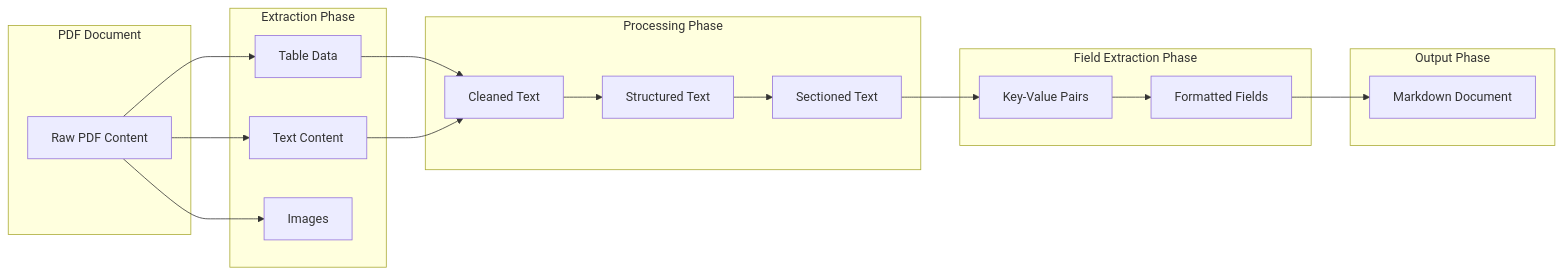
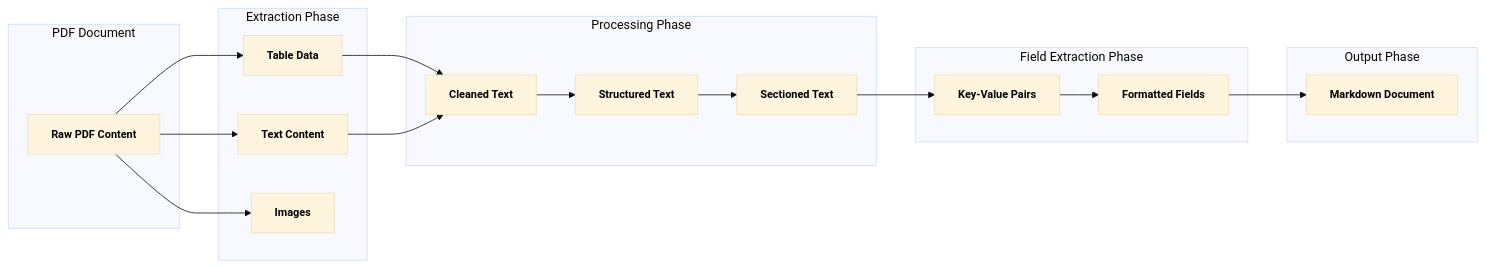
Before and after one commit to SoundMindsAI/pdf-handling: the second of 7 diagrams in PDF_PARSING_PROCESS.md, drawn with Mermaid. The commit also changed other lines of this file and 11 other files, not shown here.

````diff
--- a/PDF_PARSING_PROCESS.md
+++ b/PDF_PARSING_PROCESS.md
@@ -54,41 +55,44 @@
 ```mermaid
+%%{init: {'theme': 'base', 'themeVariables': { 'fontSize': '16px', 'fontWeight': 'bold', 'primaryTextColor': '#000000' }}}%%
 flowchart LR
     subgraph "PDF Document"
         RawPDF[Raw PDF Content]
     end
     
     subgraph "Extraction Phase"
         Tables[Table Data]
         Text[Text Content]
         Images[Images]
     end
     
     subgraph "Processing Phase"
         CleanText[Cleaned Text]
         StructuredText[Structured Text]
         SectionedText[Sectioned Text]
     end
     
     subgraph "Field Extraction Phase"
         KeyValuePairs[Key-Value Pairs]
         FormattedFields[Formatted Fields]
     end
     
     subgraph "Output Phase"
         Markdown[Markdown Document]
     end
     
     RawPDF --> Tables
     RawPDF --> Text
     RawPDF --> Images
     
     Tables --> CleanText
     Text --> CleanText
     CleanText --> StructuredText
     StructuredText --> SectionedText
     
     SectionedText --> KeyValuePairs
     KeyValuePairs --> FormattedFields
     
     FormattedFields --> Markdown
+    
+    classDef default color:#000,font-weight:bold,font-size:14px;
 ```
````
